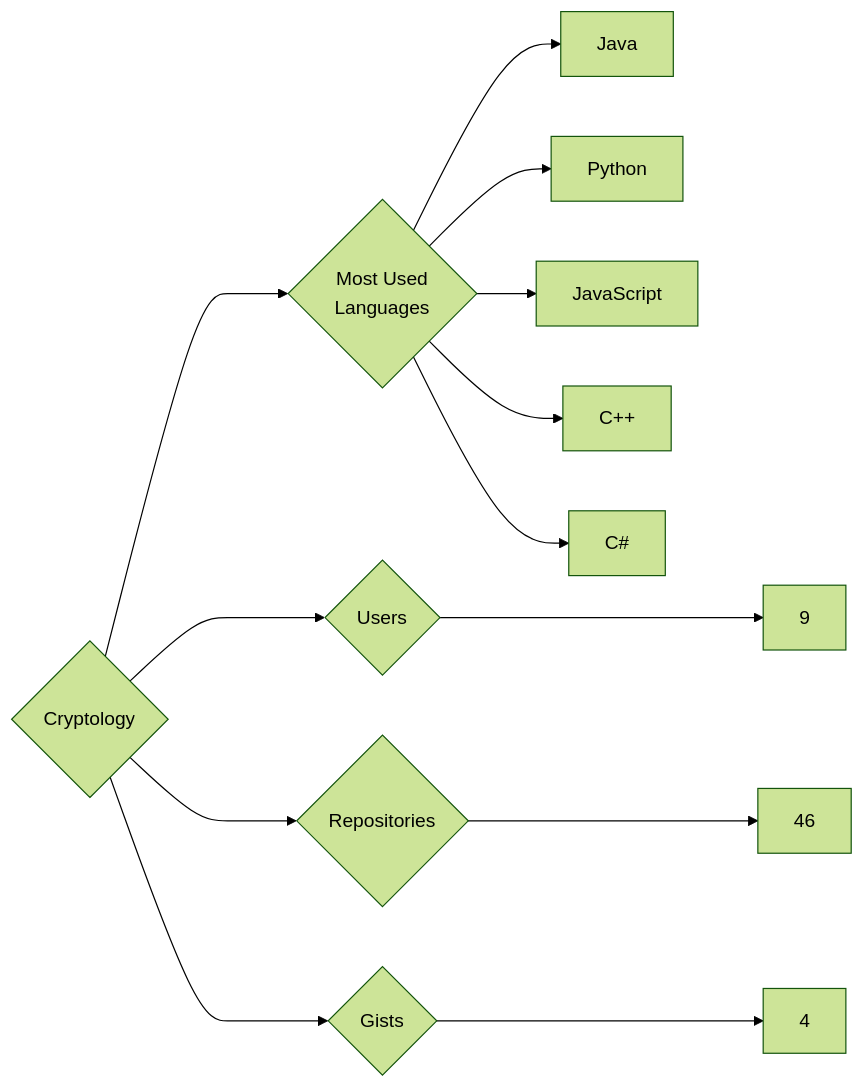
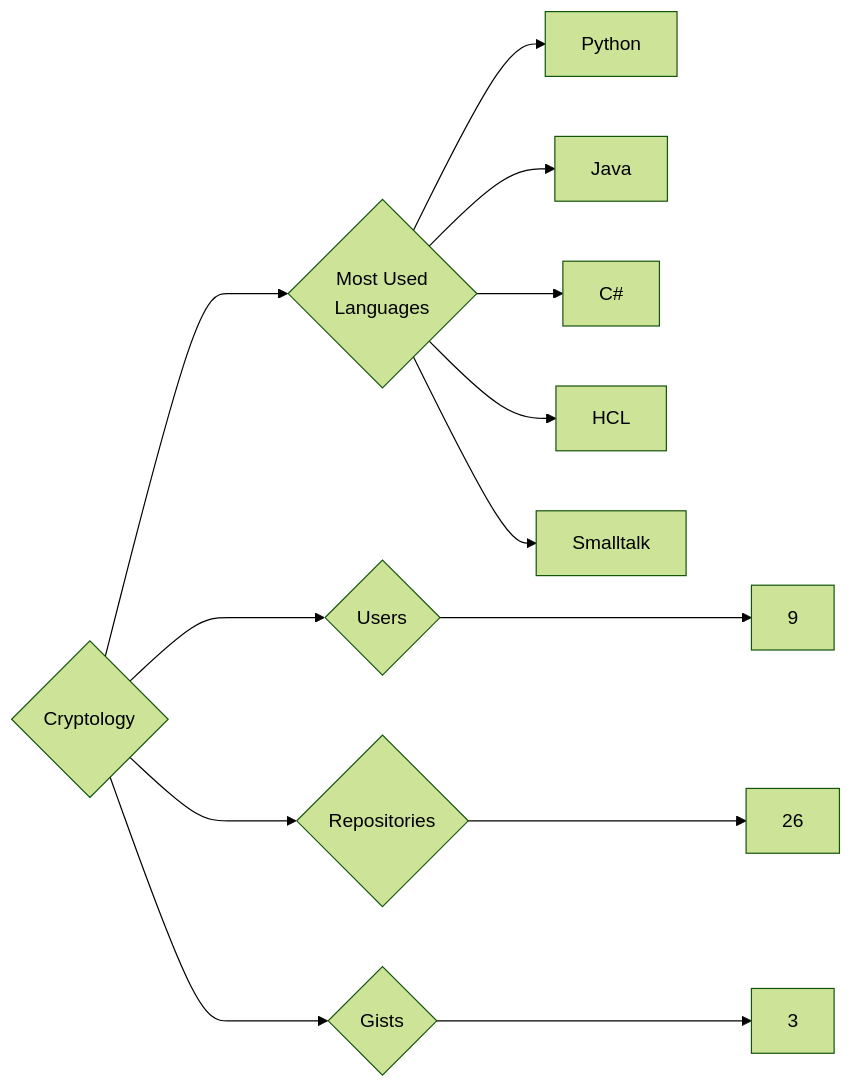
The diagram in targets/Cryptology/README.md (trickest/insiders), drawn with Mermaid (forest theme) before and after one commit. The commit also changed 1166 other files, not shown here.

````diff
--- a/targets/Cryptology/README.md
+++ b/targets/Cryptology/README.md
@@ -3,13 +3,13 @@
 ```mermaid
 graph LR
 COMPANY_NAME{Cryptology}
 COMPANY_NAME ---> U{Users} ---> UN[9]
-COMPANY_NAME ---> R{Repositories} ---> RN[46]
-COMPANY_NAME ---> G{Gists} ---> GN[4]
+COMPANY_NAME ---> R{Repositories} ---> RN[26]
+COMPANY_NAME ---> G{Gists} ---> GN[3]
 COMPANY_NAME ---> ML{Most Used<br>Languages}
+ML --> Python[Python]
 ML --> Java[Java]
-ML --> Python[Python]
-ML --> JavaScript[JavaScript]
-ML --> C++[C++]
 ML --> C#[C#]
+ML --> HCL[HCL]
+ML --> Smalltalk[Smalltalk]
 ```
````
